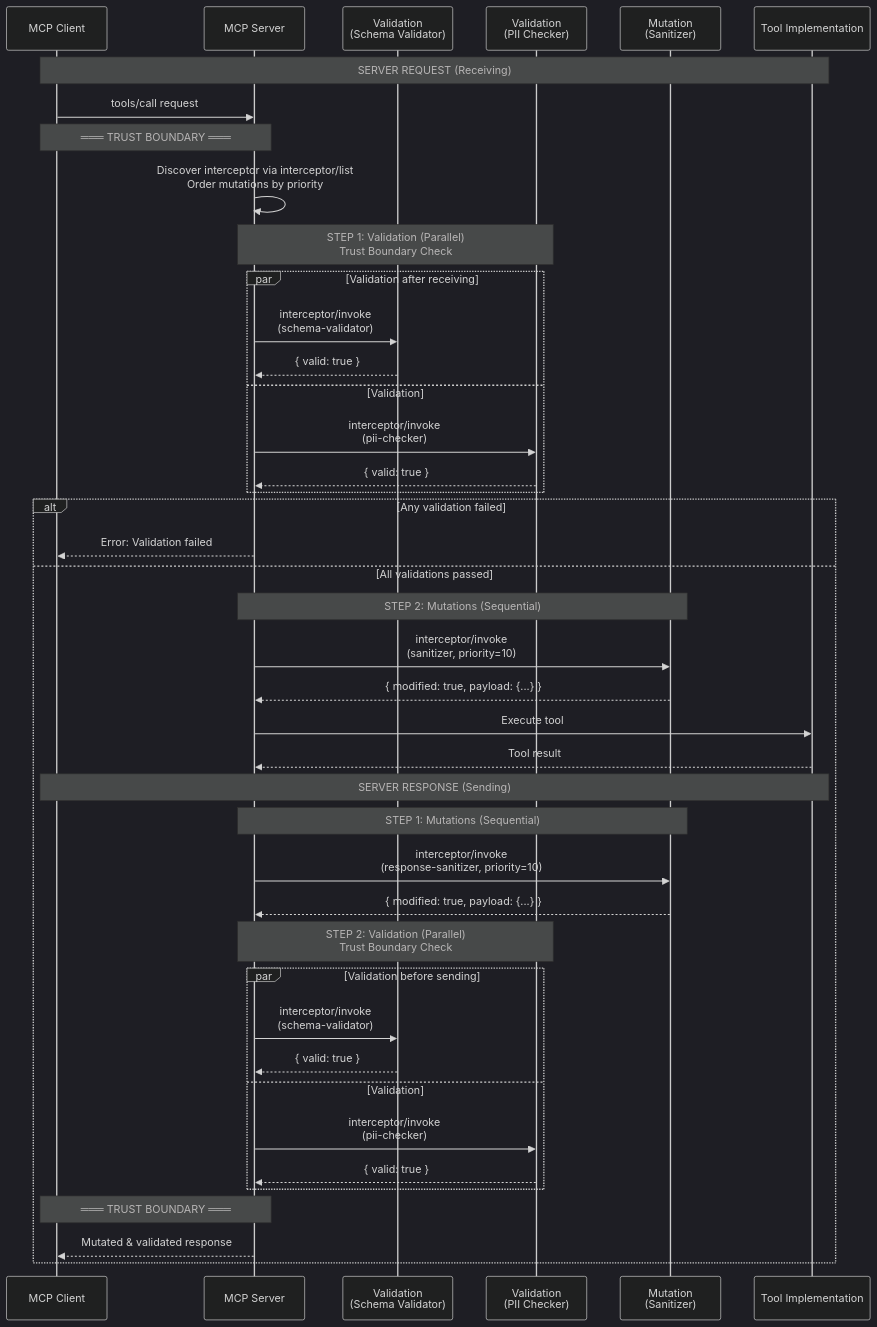
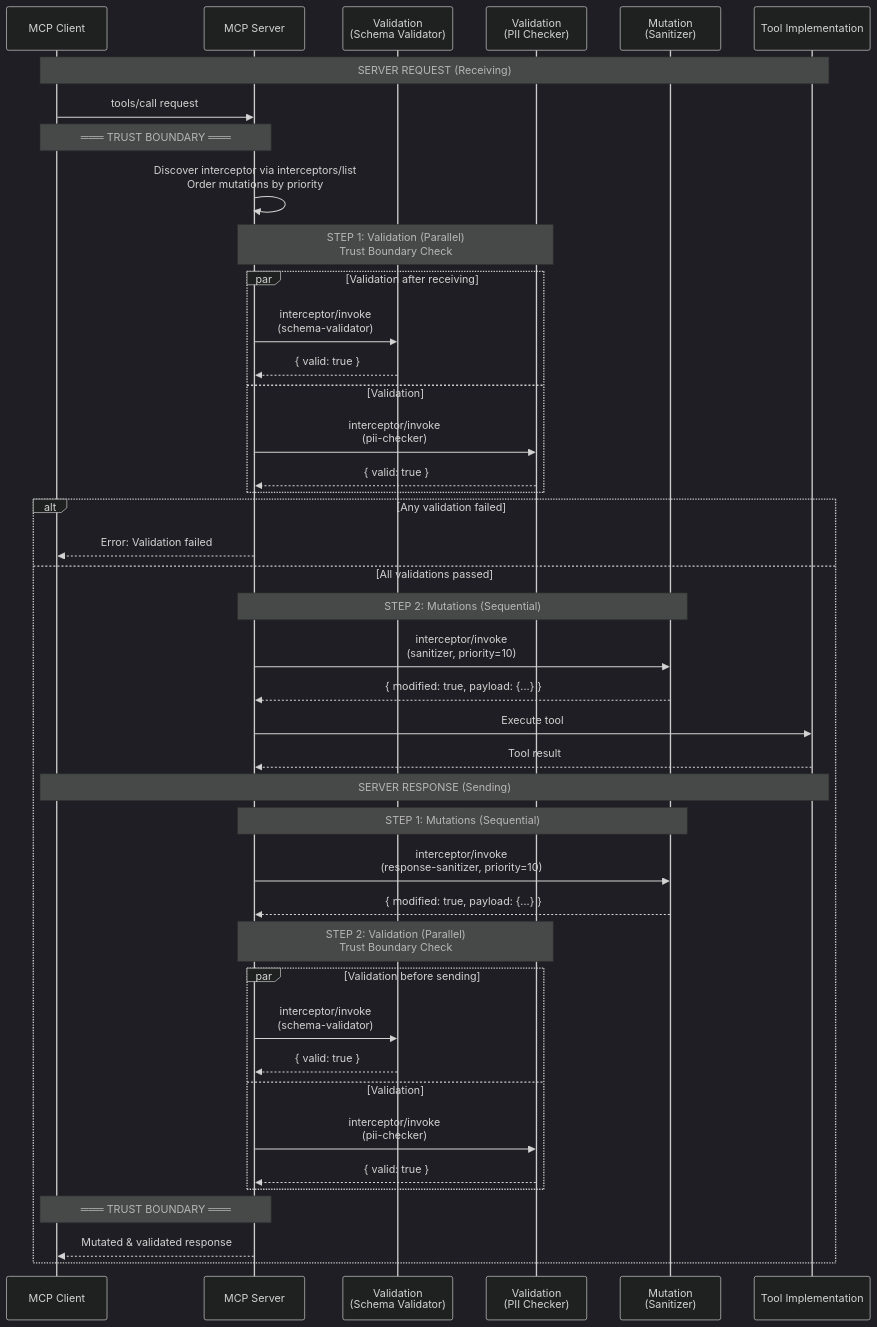
Before and after one commit to modelcontextprotocol/experimental-ext-interceptors: the second of 3 diagrams in docs/sep.md, drawn with Mermaid (dark theme). The commit also changed other lines of this file, not shown here.

````diff
--- a/docs/sep.md
+++ b/docs/sep.md
@@ -930,52 +932,52 @@
 ```mermaid
 sequenceDiagram
     participant Client as MCP Client
     participant Server as MCP Server
     participant MW1 as Validation<br/>(Schema Validator)
     participant MW2 as Validation<br/>(PII Checker)
     participant MW3 as Mutation<br/>(Sanitizer)
     participant Tool as Tool Implementation
 
     Note over Client,Tool: SERVER REQUEST (Receiving)
     Client->>Server: tools/call request
     Note over Client,Server: ═══ TRUST BOUNDARY ═══
-    Server->>Server: Discover interceptor via interceptor/list<br/>Order mutations by priority
+    Server->>Server: Discover interceptor via interceptors/list<br/>Order mutations by priority
 
     Note over Server,MW2: STEP 1: Validation (Parallel)<br/>Trust Boundary Check
     par Validation after receiving
         Server->>MW1: interceptor/invoke<br/>(schema-validator)
         MW1-->>Server: { valid: true }
     and Validation
         Server->>MW2: interceptor/invoke<br/>(pii-checker)
         MW2-->>Server: { valid: true }
     end
 
     alt Any validation failed
         Server-->>Client: Error: Validation failed
     else All validations passed
         Note over Server,MW3: STEP 2: Mutations (Sequential)
         Server->>MW3: interceptor/invoke<br/>(sanitizer, priority=10)
         MW3-->>Server: { modified: true, payload: {...} }
 
         Server->>Tool: Execute tool
         Tool-->>Server: Tool result
 
         Note over Client,Tool: SERVER RESPONSE (Sending)
 
         Note over Server,MW3: STEP 1: Mutations (Sequential)
         Server->>MW3: interceptor/invoke<br/>(response-sanitizer, priority=10)
         MW3-->>Server: { modified: true, payload: {...} }
 
         Note over Server,MW2: STEP 2: Validation (Parallel)<br/>Trust Boundary Check
         par Validation before sending
             Server->>MW1: interceptor/invoke<br/>(schema-validator)
             MW1-->>Server: { valid: true }
         and Validation
             Server->>MW2: interceptor/invoke<br/>(pii-checker)
             MW2-->>Server: { valid: true }
         end
 
         Note over Client,Server: ═══ TRUST BOUNDARY ═══
         Server-->>Client: Mutated & validated response
     end
 ```
````
